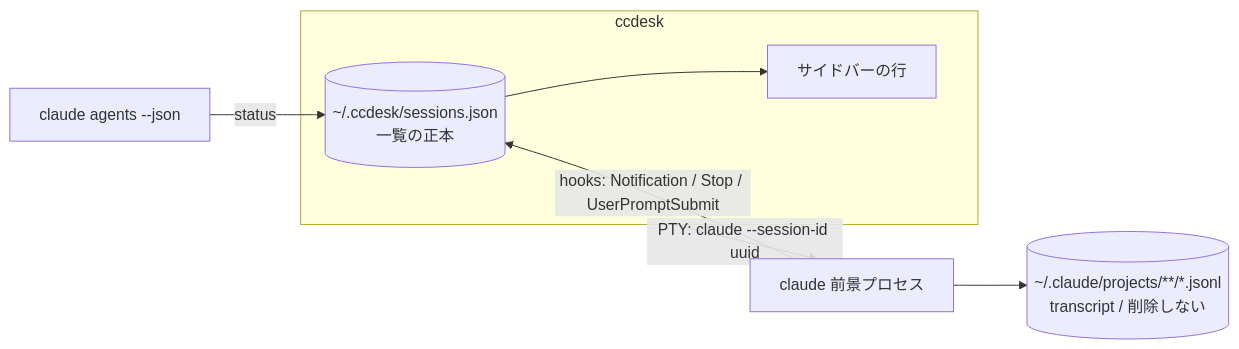
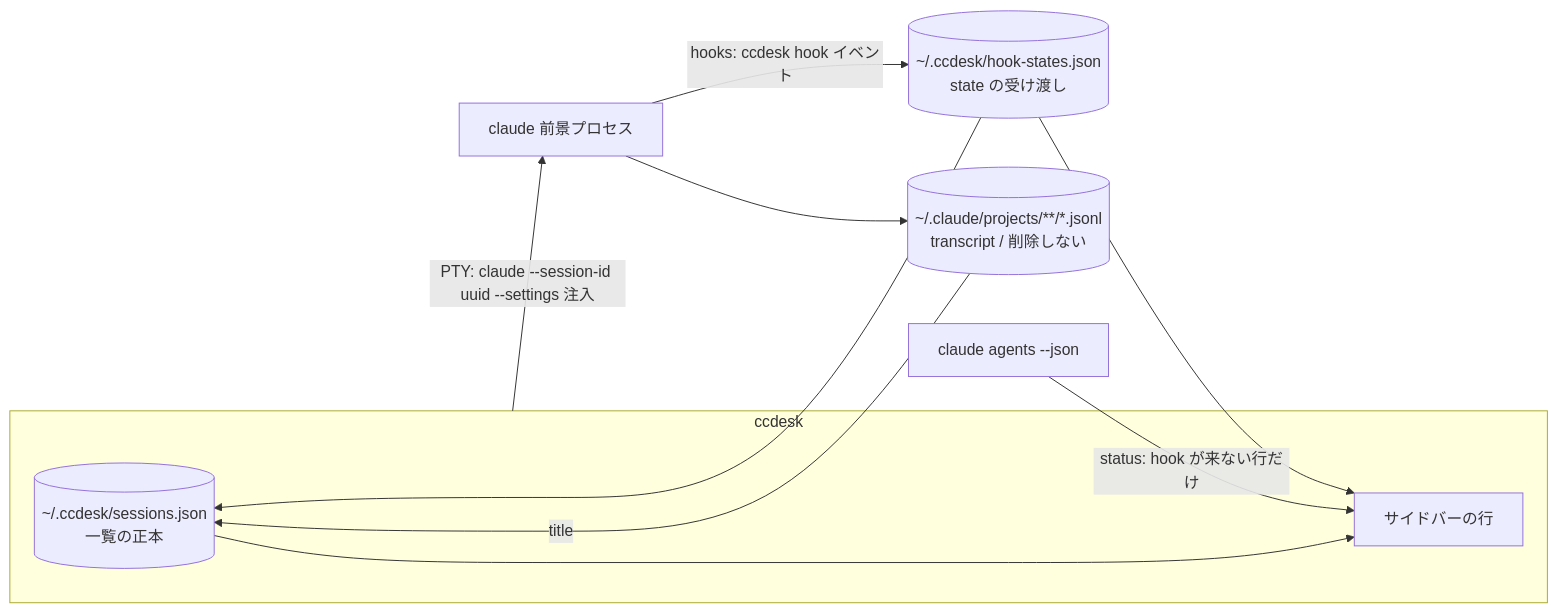
One commit to HRYooba/ccdesk changed the second of 2 diagrams in docs/foreground-migration.md. Above: the diagram before and after it, drawn with Mermaid. The commit also changed other lines of this file and 10 other files, not shown here.

````diff
--- a/docs/foreground-migration.md
+++ b/docs/foreground-migration.md
@@ -66,12 +68,15 @@
 ```mermaid
 flowchart LR
     subgraph ccdesk
         store[(~/.ccdesk/sessions.json<br/>一覧の正本)]
         rows[サイドバーの行]
     end
-    ccdesk -->|PTY: claude --session-id uuid| child[claude 前景プロセス]
+    ccdesk -->|PTY: claude --session-id uuid --settings 注入| child[claude 前景プロセス]
     child --> jsonl[(~/.claude/projects/**/*.jsonl<br/>transcript / 削除しない)]
-    child -->|hooks: Notification / Stop / UserPromptSubmit| store
-    agents[claude agents --json] -->|status| store
+    child -->|hooks: ccdesk hook イベント| hookstates[(~/.ccdesk/hook-states.json<br/>state の受け渡し)]
+    hookstates --> rows
+    hookstates --> store
+    jsonl -->|title| store
+    agents[claude agents --json] -->|status: hook が来ない行だけ| rows
     store --> rows
 ```
````
